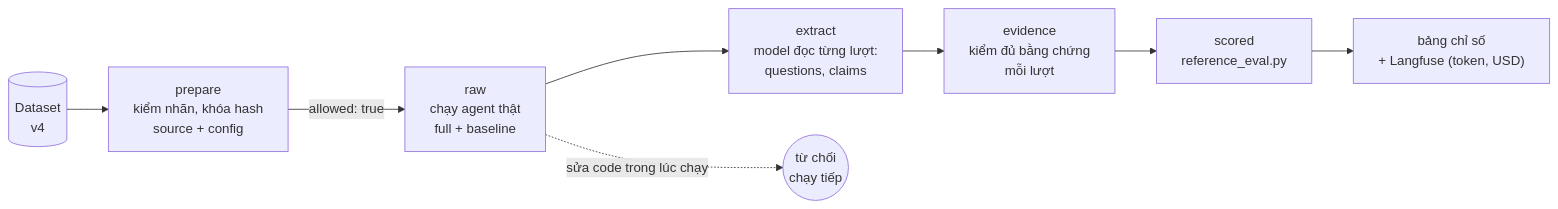
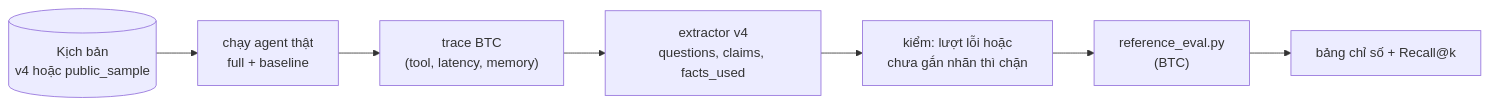
Before and after one commit to queenley/capstone_sudocode2026: the diagram in docs/ai/05-danh-gia.md, drawn with Mermaid. The commit also changed other lines of this file and 28 other files, not shown here.

````diff
--- a/docs/ai/05-danh-gia.md
+++ b/docs/ai/05-danh-gia.md
@@ -90,10 +84,9 @@
 ```mermaid
 flowchart LR
-    DS[("Dataset<br/>v4")] --> PR["prepare<br/>kiểm nhãn, khóa hash<br/>source + config"]
-    PR -- "allowed: true" --> RUN["raw<br/>chạy agent thật<br/>full + baseline"]
-    RUN --> EX["extract<br/>model đọc từng lượt:<br/>questions, claims"]
-    EX --> EV["evidence<br/>kiểm đủ bằng chứng<br/>mỗi lượt"]
-    EV --> SC["scored<br/>reference_eval.py"]
-    SC --> OUT["bảng chỉ số<br/>+ Langfuse (token, USD)"]
-    RUN -. "sửa code trong lúc chạy" .-> STOP(("từ chối<br/>chạy tiếp"))
+    DS[("Kịch bản<br/>v4 hoặc public_sample")] --> RUN["chạy agent thật<br/>full + baseline"]
+    RUN --> TR["trace BTC<br/>(tool, latency, memory)"]
+    TR --> EX["extractor v4<br/>questions, claims, facts_used"]
+    EX --> CK["kiểm: lượt lỗi hoặc<br/>chưa gắn nhãn thì chặn"]
+    CK --> SC["reference_eval.py<br/>(BTC)"]
+    SC --> OUT["bảng chỉ số + Recall@k"]
 ```
````
